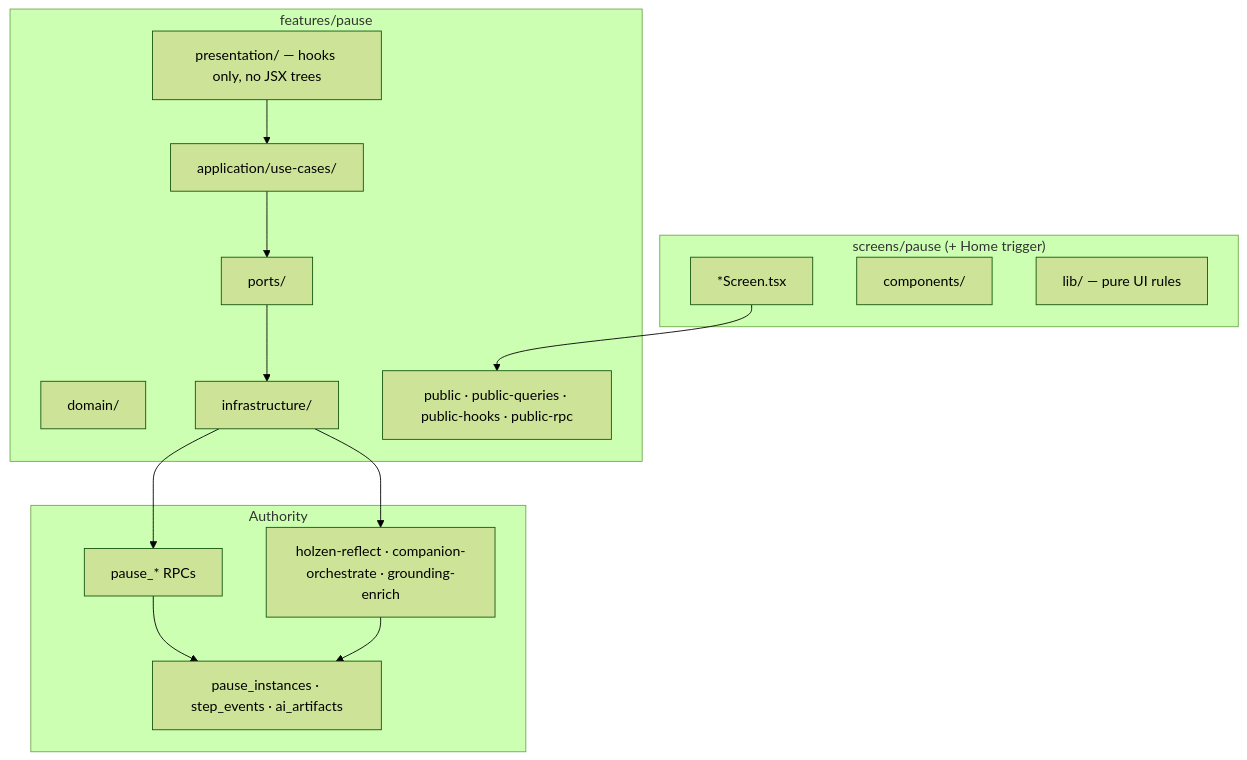
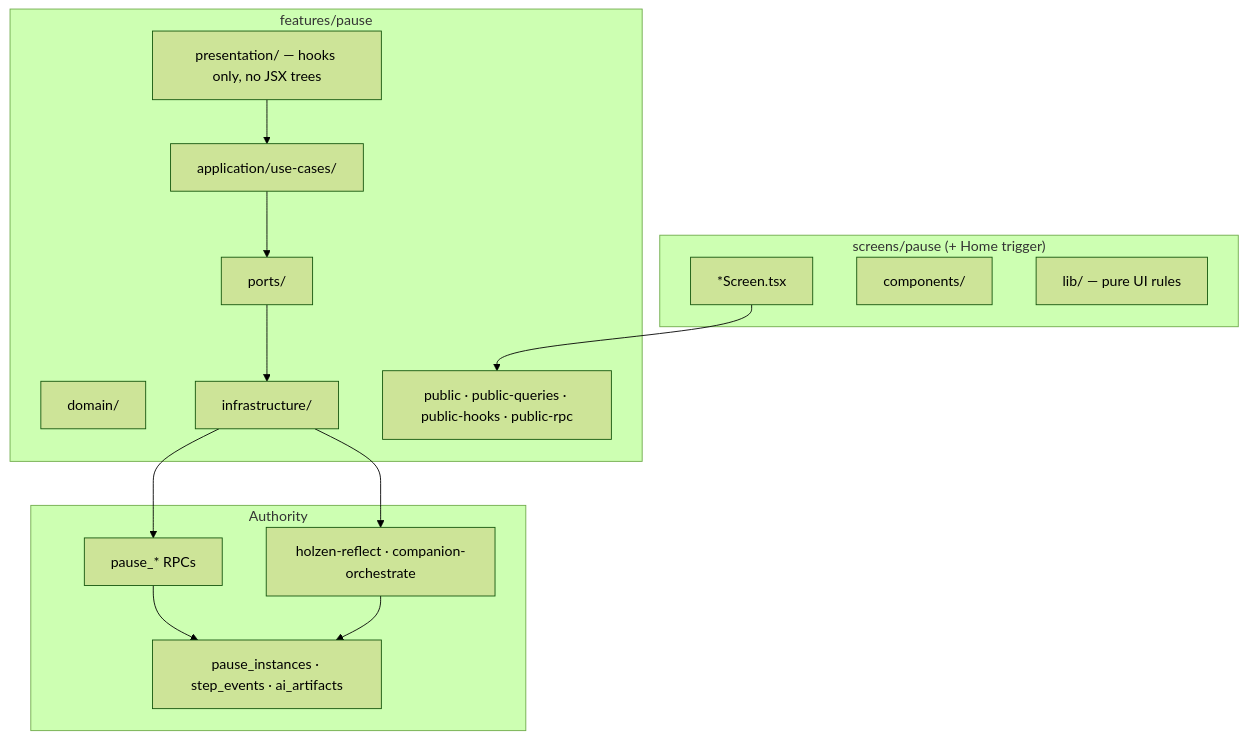
Before and after one commit to Angelguirao/holzen: the diagram in docs/systems/pause-client-architecture.md, drawn with Mermaid (forest theme). The commit also changed other lines of this file and 27 other files, not shown here.

First line of the commit message:
refactor(pause): undeploy grounding-enrich from active surface

````diff
--- a/docs/systems/pause-client-architecture.md
+++ b/docs/systems/pause-client-architecture.md
@@ -25,32 +25,32 @@
 ```mermaid
 flowchart TB
   subgraph server["Authority"]
     RPC["pause_* RPCs"]
-    EDGE["holzen-reflect · companion-orchestrate · grounding-enrich"]
+    EDGE["holzen-reflect · companion-orchestrate"]
     PG["pause_instances · step_events · ai_artifacts"]
   end
 
   subgraph feature["features/pause"]
     DOM["domain/"]
     APP["application/use-cases/"]
     PORT["ports/"]
     INF["infrastructure/"]
     PRES["presentation/ — hooks only, no JSX trees"]
     PUB["public · public-queries · public-hooks · public-rpc"]
   end
 
   subgraph screens["screens/pause (+ Home trigger)"]
     SCR["*Screen.tsx"]
     CMP["components/"]
     LIB["lib/ — pure UI rules"]
   end
 
   SCR --> PUB
   PRES --> APP
   APP --> PORT
   PORT --> INF
   INF --> RPC
   INF --> EDGE
   RPC --> PG
   EDGE --> PG
 ```
````
